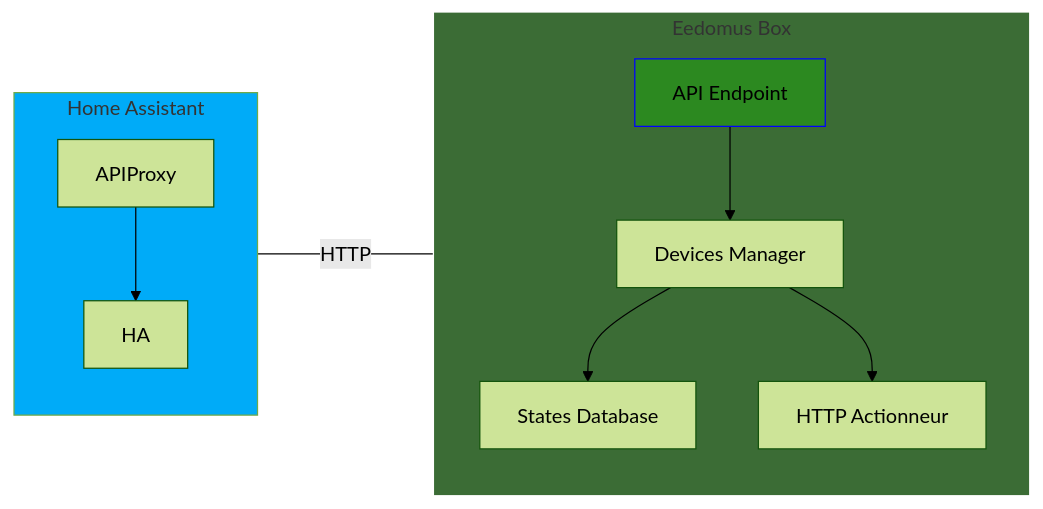
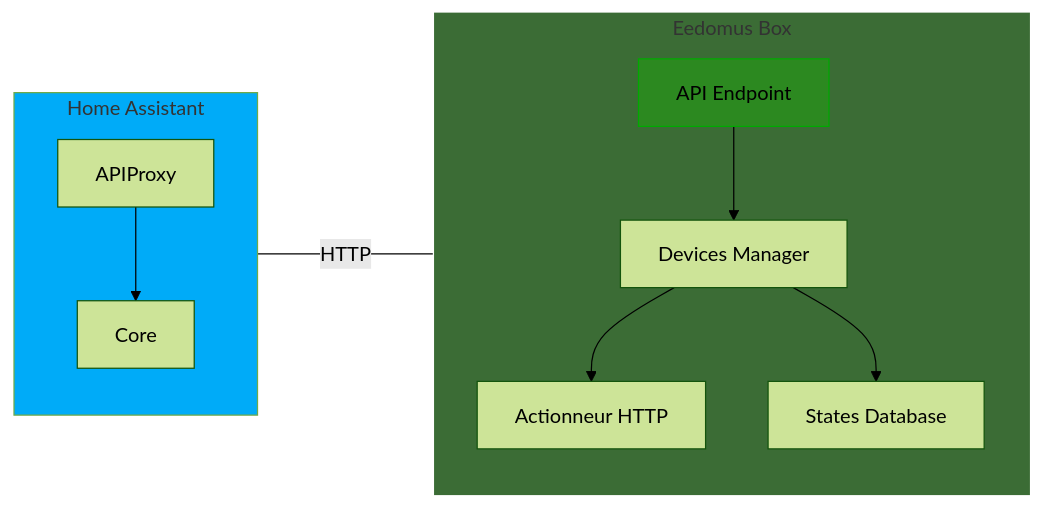
One commit to Dan4Jer/hass-eedomus changed the second of 13 diagrams in README.md. Above: the diagram before and after it, drawn with Mermaid (forest theme). The commit also changed other lines of this file, not shown here.

First line of the commit message:
Refine EedomusAPI styles and feature details

````diff
--- a/README.md
+++ b/README.md
@@ -70,20 +70,20 @@
 ```mermaid
 flowchart LR
     subgraph HomeAssistant[Home Assistant]
         direction TB
-        APIProxy --> HA
+        APIProxy --> HA[Core]
     end
     
     subgraph Eedomus[Eedomus Box]
         direction TB
         EedomusAPI[API Endpoint] --> Devices[Devices Manager]
+        Devices --> Act[Actionneur HTTP]
         Devices --> States[States Database]
-        Devices --> Act[HTTP Actionneur]
     end
     
     APIProxy <---|HTTP| Act
     
     style HomeAssistant fill:#00abf8,stroke:#FFFFF
     style Eedomus fill:#3b6c35,stroke:#FFFFFF
-    style EedomusAPI fill:#2c8920,stroke:#0000FF
+    style EedomusAPI fill:#2c8920,stroke:#00AA00
 ```
````
